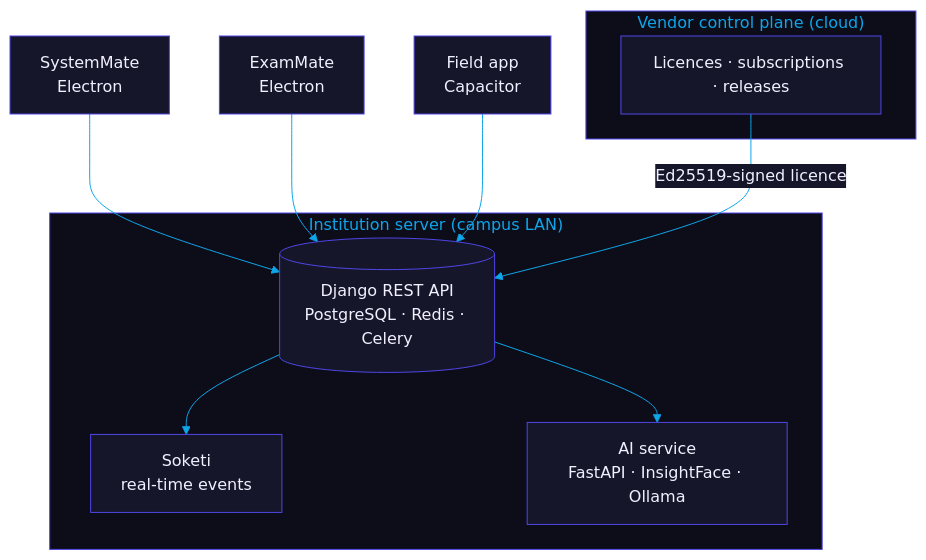
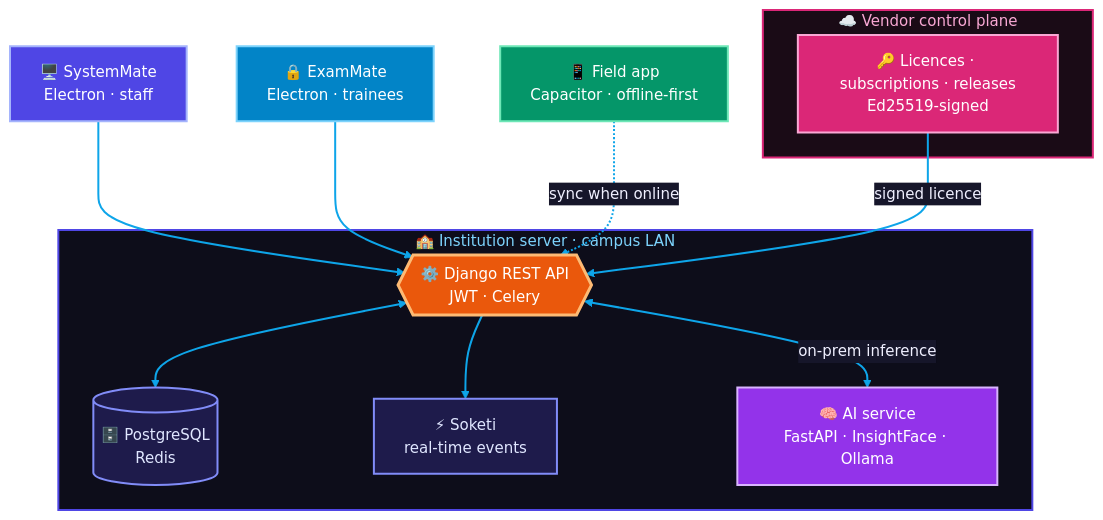
The first of 2 diagrams in README.md (flowser/aemms-showcase), drawn with Mermaid before and after one commit. The commit also changed other lines of this file, not shown here.

Commit message:
Colour diagrams and new sequence / risk-gate diagrams

````diff
--- a/README.md
+++ b/README.md
@@ -67,18 +67,33 @@
 ```mermaid
-%%{init: {'theme':'base','themeVariables':{'primaryColor':'#16162a','primaryTextColor':'#f0f0ff','primaryBorderColor':'#4f46e5','lineColor':'#0ea5e9','secondaryColor':'#0d0d1a','tertiaryColor':'#12121f','clusterBkg':'#0d0d1a','clusterBorder':'#4f46e5','titleColor':'#0ea5e9','edgeLabelBackground':'#16162a'}}}%%
+%%{init: {'theme':'base','themeVariables':{'fontSize':'15px','primaryColor':'#16162a','primaryTextColor':'#f0f0ff','primaryBorderColor':'#4f46e5','lineColor':'#0ea5e9','clusterBkg':'#0d0d1a','clusterBorder':'#4f46e5','titleColor':'#0ea5e9','edgeLabelBackground':'#16162a'}}}%%
 flowchart TB
-  subgraph vendor["Vendor control plane (cloud)"]
-    V["Licences · subscriptions · releases"]
+  subgraph vendor["☁️ Vendor control plane"]
+    V["🔑 Licences · subscriptions · releases<br/>Ed25519-signed"]:::cloud
   end
-  subgraph campus["Institution server (campus LAN)"]
-    API[("Django REST API<br/>PostgreSQL · Redis · Celery")]
-    RT["Soketi<br/>real-time events"]
-    AI["AI service<br/>FastAPI · InsightFace · Ollama"]
+  subgraph campus["🏫 Institution server · campus LAN"]
+    API{{"⚙️ Django REST API<br/>JWT · Celery"}}:::core
+    DB[("🗄️ PostgreSQL<br/>Redis")]:::data
+    RT["⚡ Soketi<br/>real-time events"]:::data
+    AI["🧠 AI service<br/>FastAPI · InsightFace · Ollama"]:::ai
   end
-  SM["SystemMate<br/>Electron"] --> API
-  EM["ExamMate<br/>Electron"] --> API
-  PF["Field app<br/>Capacitor"] --> API
+  SM["🖥️ SystemMate<br/>Electron · staff"]:::staff
+  EM["🔒 ExamMate<br/>Electron · trainees"]:::trainee
+  PF["📱 Field app<br/>Capacitor · offline-first"]:::field
+  SM --> API
+  EM --> API
+  PF -.->|sync when online| API
+  API <--> DB
   API --> RT
-  API --> AI
-  V -->|Ed25519-signed licence| API
+  API <-->|on-prem inference| AI
+  V ==>|signed licence| API
+  classDef ai fill:#9333ea,stroke:#d8b4fe,stroke-width:2px,color:#ffffff
+  classDef cloud fill:#db2777,stroke:#f9a8d4,stroke-width:2px,color:#ffffff
+  classDef core fill:#ea580c,stroke:#fdba74,stroke-width:3px,color:#ffffff
+  classDef data fill:#1e1b4b,stroke:#818cf8,stroke-width:2px,color:#e0e7ff
+  classDef field fill:#059669,stroke:#6ee7b7,stroke-width:2px,color:#ffffff
+  classDef staff fill:#4f46e5,stroke:#a5b4fc,stroke-width:2px,color:#ffffff
+  classDef trainee fill:#0284c7,stroke:#7dd3fc,stroke-width:2px,color:#ffffff
+  style vendor fill:#1a0b16,stroke:#db2777,stroke-width:2px,color:#f9a8d4
+  style campus fill:#0d0d1a,stroke:#4f46e5,stroke-width:2px,color:#7dd3fc
+  linkStyle default stroke:#0ea5e9,stroke-width:2px
 ```
````
